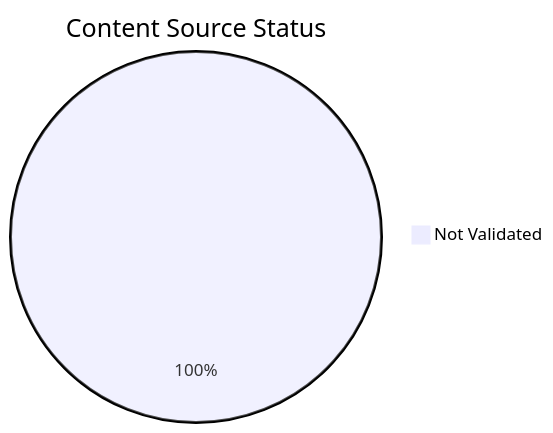
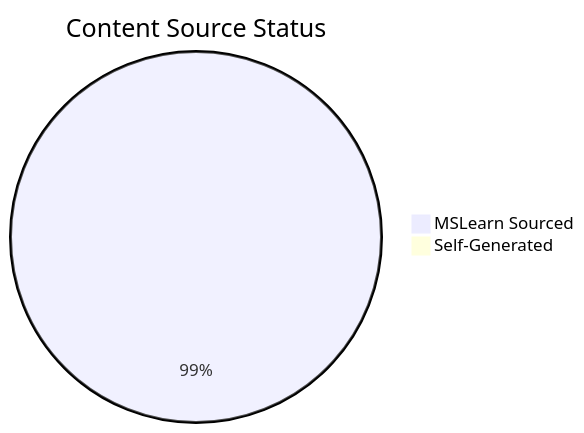
The diagram in docs/reference/content-validation-status.md (yeongseon/azure-container-apps-practical-guide), drawn with Mermaid before and after one commit. The commit also changed other lines of this file and 180 other files, not shown here.

First line of the commit message:
feat: add MSLearn source attribution to all 256 mermaid diagrams

````diff
--- a/docs/reference/content-validation-status.md
+++ b/docs/reference/content-validation-status.md
@@ -20,4 +37,5 @@
 ```mermaid
 pie title Content Source Status
-    "Not Validated" : 255
+    "MSLearn Sourced" : 254
+    "Self-Generated" : 2
 ```
````
